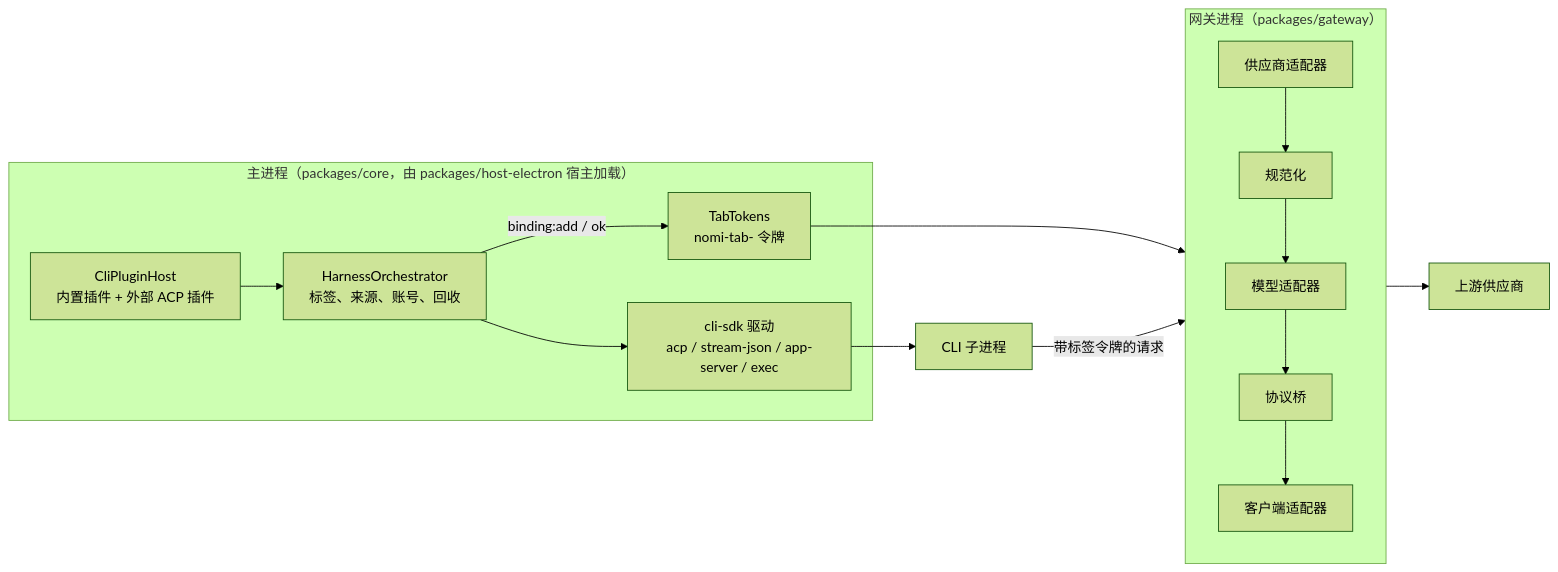
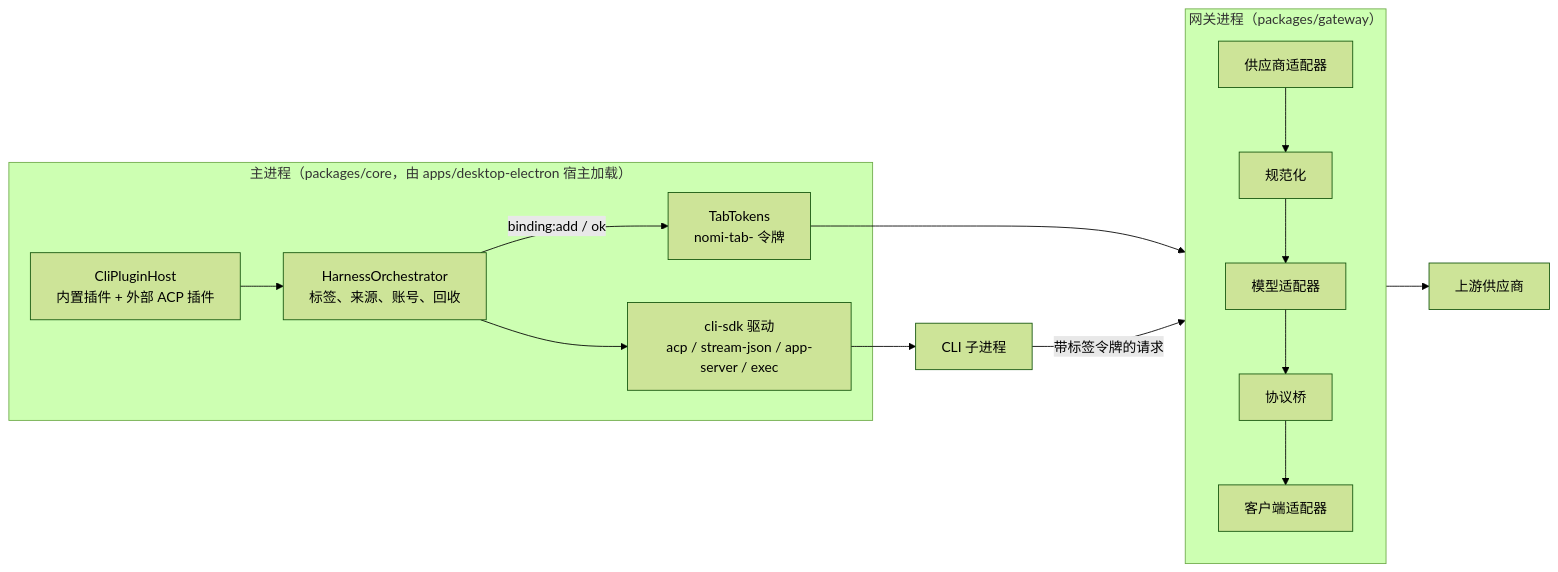
Before and after one commit to Cookieboty/nomi-ai: the diagram in docs/development/architecture.md, drawn with Mermaid (forest theme). The commit also changed other lines of this file and 245 other files, not shown here.

First line of the commit message:
refactor: move host-electron to apps/desktop-electron next to apps/desktop-go

````diff
--- a/docs/development/architecture.md
+++ b/docs/development/architecture.md
@@ -50,18 +50,18 @@
 ```mermaid
 flowchart LR
-  subgraph main["主进程（packages/core，由 packages/host-electron 宿主加载）"]
+  subgraph main["主进程（packages/core，由 apps/desktop-electron 宿主加载）"]
     host["CliPluginHost<br/>内置插件 + 外部 ACP 插件"]
     orch["HarnessOrchestrator<br/>标签、来源、账号、回收"]
     drv["cli-sdk 驱动<br/>acp / stream-json / app-server / exec"]
     tokens["TabTokens<br/>nomi-tab- 令牌"]
   end
   cli["CLI 子进程"]
   subgraph gw["网关进程（packages/gateway）"]
     pa["供应商适配器"] --> canon["规范化"] --> ma["模型适配器"] --> bridge["协议桥"] --> ca["客户端适配器"]
   end
   up["上游供应商"]
   host --> orch --> drv --> cli
   orch -- "binding:add / ok" --> tokens --> gw
   cli -- "带标签令牌的请求" --> gw
   gw --> up
 ```
````
